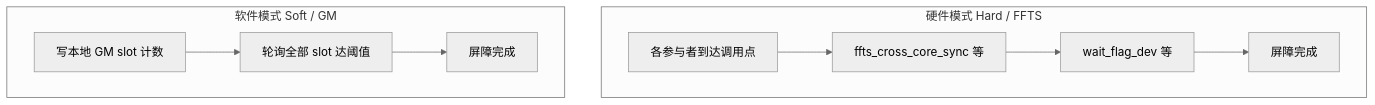
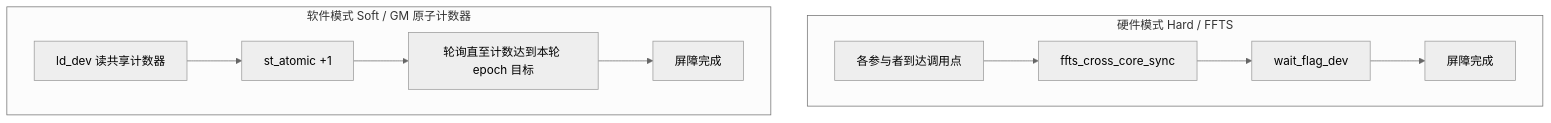
The diagram in docs/isa/SYNCALL_zh.md (hw-native-sys/pto-isa), drawn with Mermaid (neutral theme) before and after one commit. The commit also changed other lines of this file and 30 other files, not shown here.

First line of the commit message:
Extend atomic soft SYNCALL to AIC/MIX and drop UB/L1 API args.

````diff
--- a/docs/isa/SYNCALL_zh.md
+++ b/docs/isa/SYNCALL_zh.md
@@ -9,12 +7,13 @@
 ```mermaid
 flowchart TB
   subgraph hard [硬件模式 Hard / FFTS]
-    H1[各参与者到达调用点] --> H2[ffts_cross_core_sync 等]
-    H2 --> H3[wait_flag_dev 等]
+    H1[各参与者到达调用点] --> H2[ffts_cross_core_sync]
+    H2 --> H3[wait_flag_dev]
     H3 --> H4[屏障完成]
   end
-  subgraph soft [软件模式 Soft / GM]
-    S1[写本地 GM slot 计数] --> S2[轮询全部 slot 达阈值]
-    S2 --> S3[屏障完成]
+  subgraph soft [软件模式 Soft / GM 原子计数器]
+    S1[ld_dev 读共享计数器] --> S2[st_atomic +1]
+    S2 --> S3[轮询直至计数达到本轮 epoch 目标]
+    S3 --> S4[屏障完成]
   end
 ```
````
